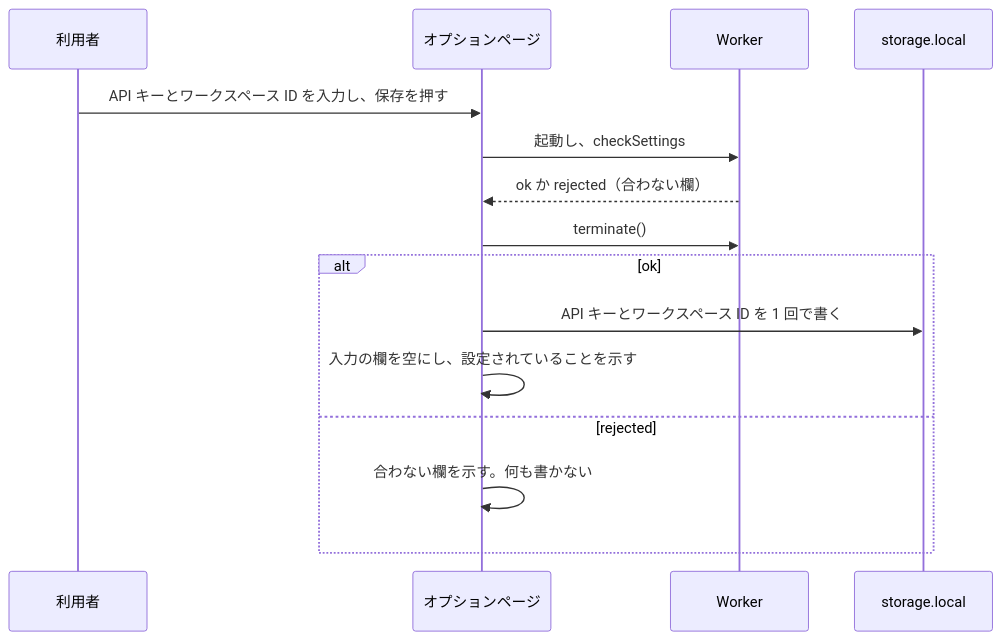
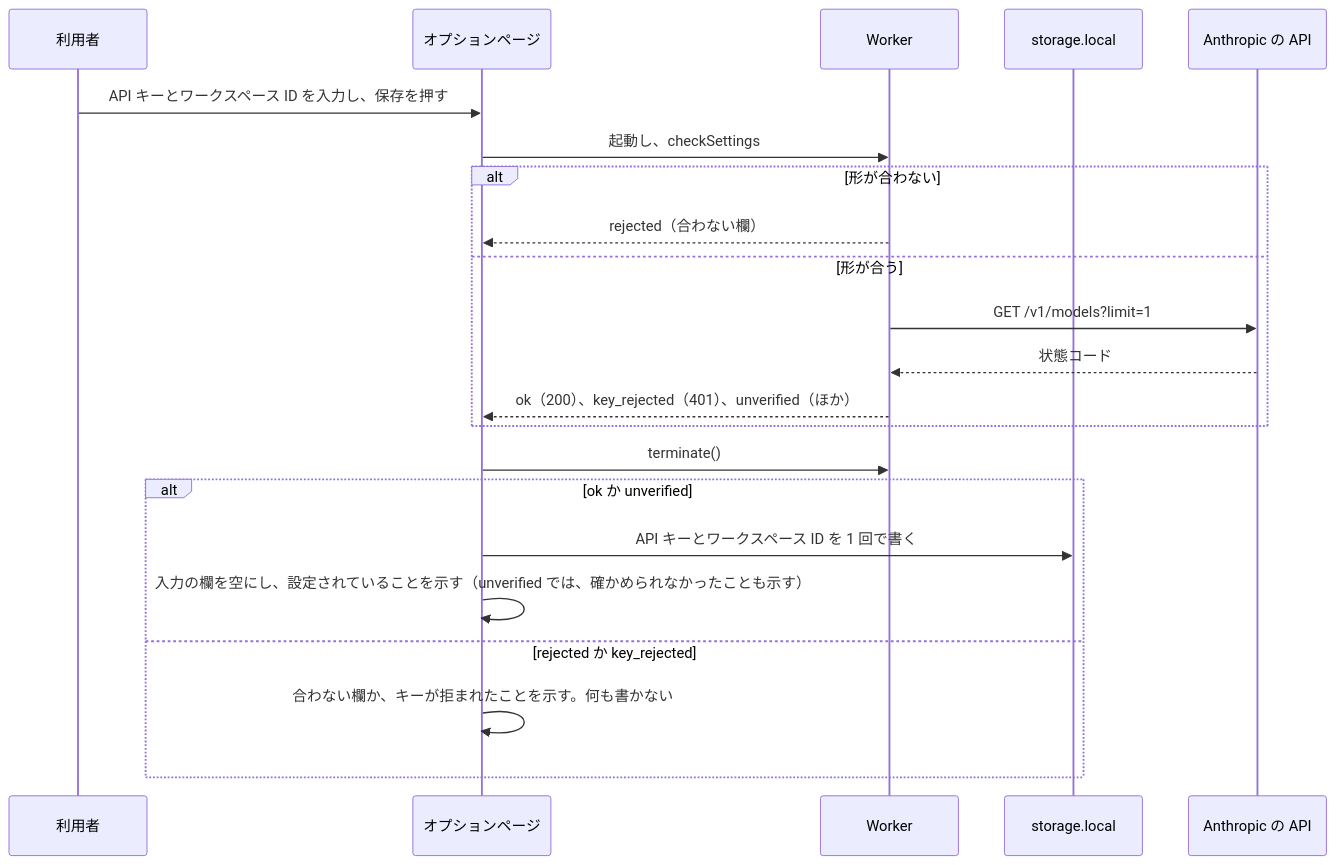
The ninth of 9 diagrams in docs/tasks/0090_extension_only_architecture/02_architecture.md (isseis/yt2column), drawn with Mermaid before and after one commit. The commit also changed other lines of this file and 2 other files, not shown here.

First line of the commit message:
docs(0090): verify the API key on save and lay out the path after a key expires

````diff
--- a/docs/tasks/0090_extension_only_architecture/02_architecture.md
+++ b/docs/tasks/0090_extension_only_architecture/02_architecture.md
@@ -1265,18 +1274,25 @@
 ```mermaid
 sequenceDiagram
     participant U as 利用者
     participant O as オプションページ
     participant W as Worker
     participant L as storage.local
+    participant A as Anthropic の API
 
     U->>O: API キーとワークスペース ID を入力し、保存を押す
     O->>W: 起動し、checkSettings
-    W-->>O: ok か rejected（合わない欄）
+    alt 形が合わない
+        W-->>O: rejected（合わない欄）
+    else 形が合う
+        W->>A: GET /v1/models?limit=1
+        A-->>W: 状態コード
+        W-->>O: ok（200）、key_rejected（401）、unverified（ほか）
+    end
     O->>W: terminate()
-    alt ok
+    alt ok か unverified
         O->>L: API キーとワークスペース ID を 1 回で書く
-        O->>O: 入力の欄を空にし、設定されていることを示す
-    else rejected
-        O->>O: 合わない欄を示す。何も書かない
+        O->>O: 入力の欄を空にし、設定されていることを示す（unverified では、確かめられなかったことも示す）
+    else rejected か key_rejected
+        O->>O: 合わない欄か、キーが拒まれたことを示す。何も書かない
     end
 ```
````
